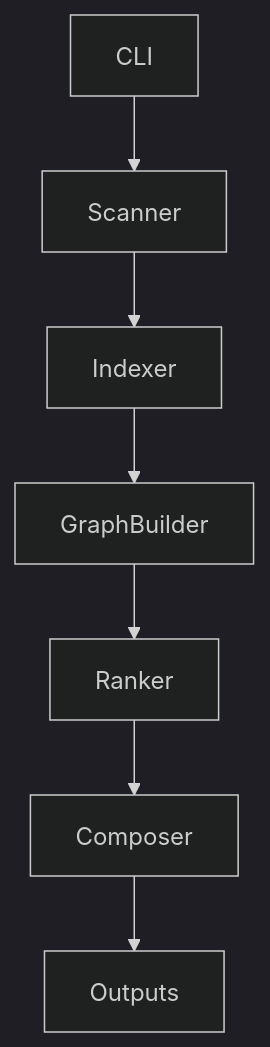
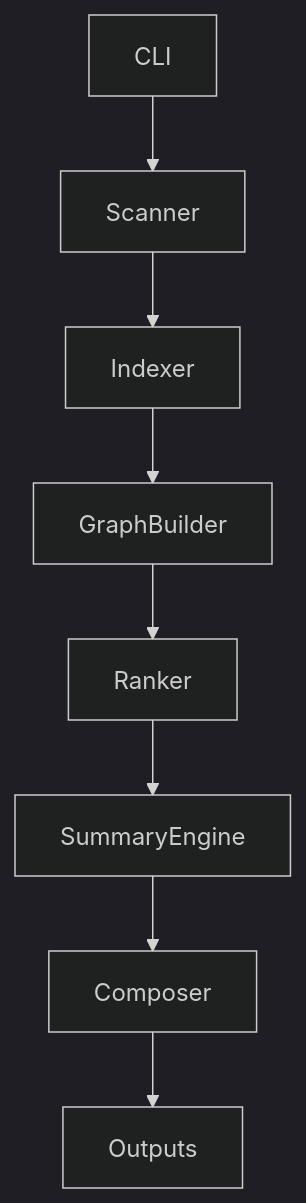
Before and after one commit to whut09/Code-Agent-plusplus: the diagram in docs/architecture.md, drawn with Mermaid (dark theme). The commit also changed other lines of this file and 39 other files, not shown here.

````diff
--- a/docs/architecture.md
+++ b/docs/architecture.md
@@ -5,9 +5,10 @@
 ```mermaid
 graph TD
   CLI --> Scanner
   Scanner --> Indexer
   Indexer --> GraphBuilder
-  GraphBuilder --> Ranker
-  Ranker --> Composer
-  Composer --> Outputs
+GraphBuilder --> Ranker
+Ranker --> SummaryEngine
+SummaryEngine --> Composer
+Composer --> Outputs
 ```
````
